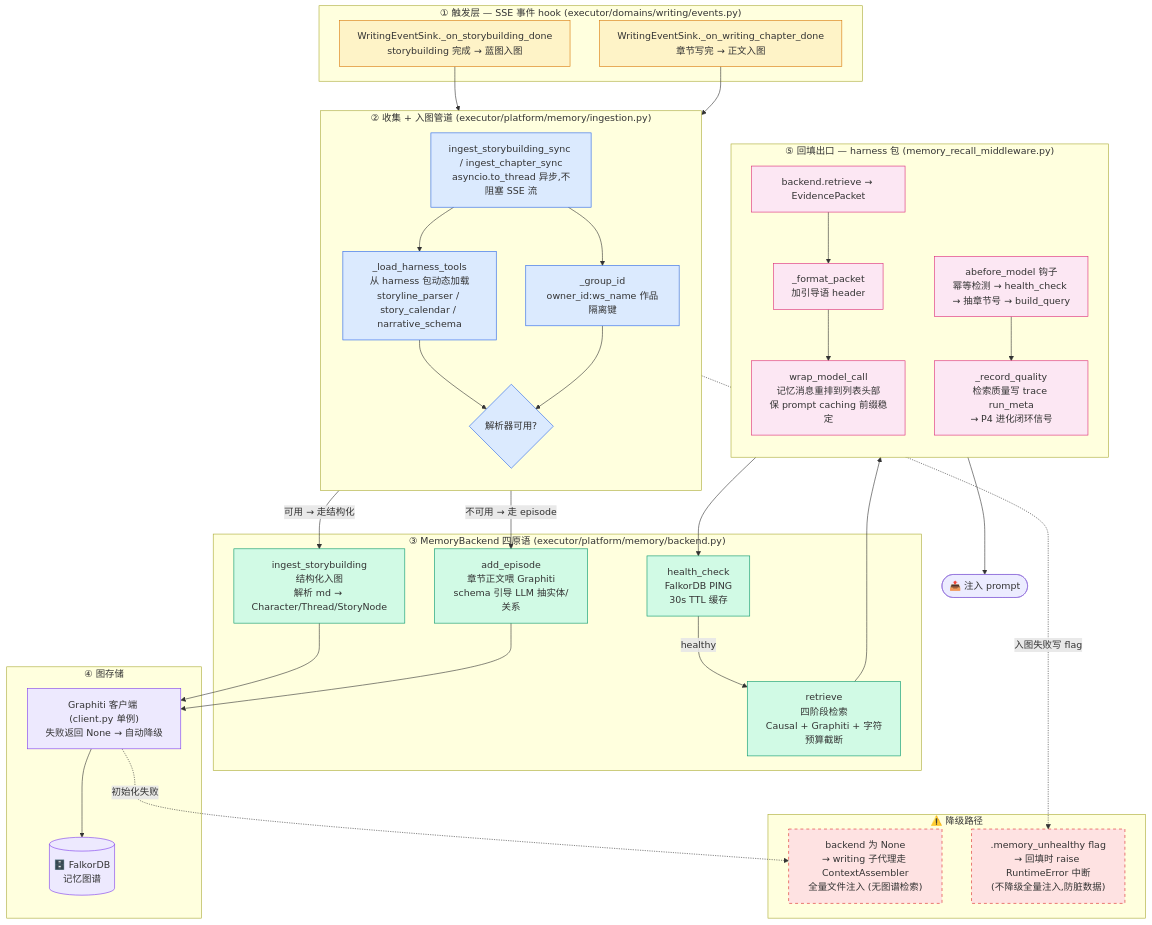
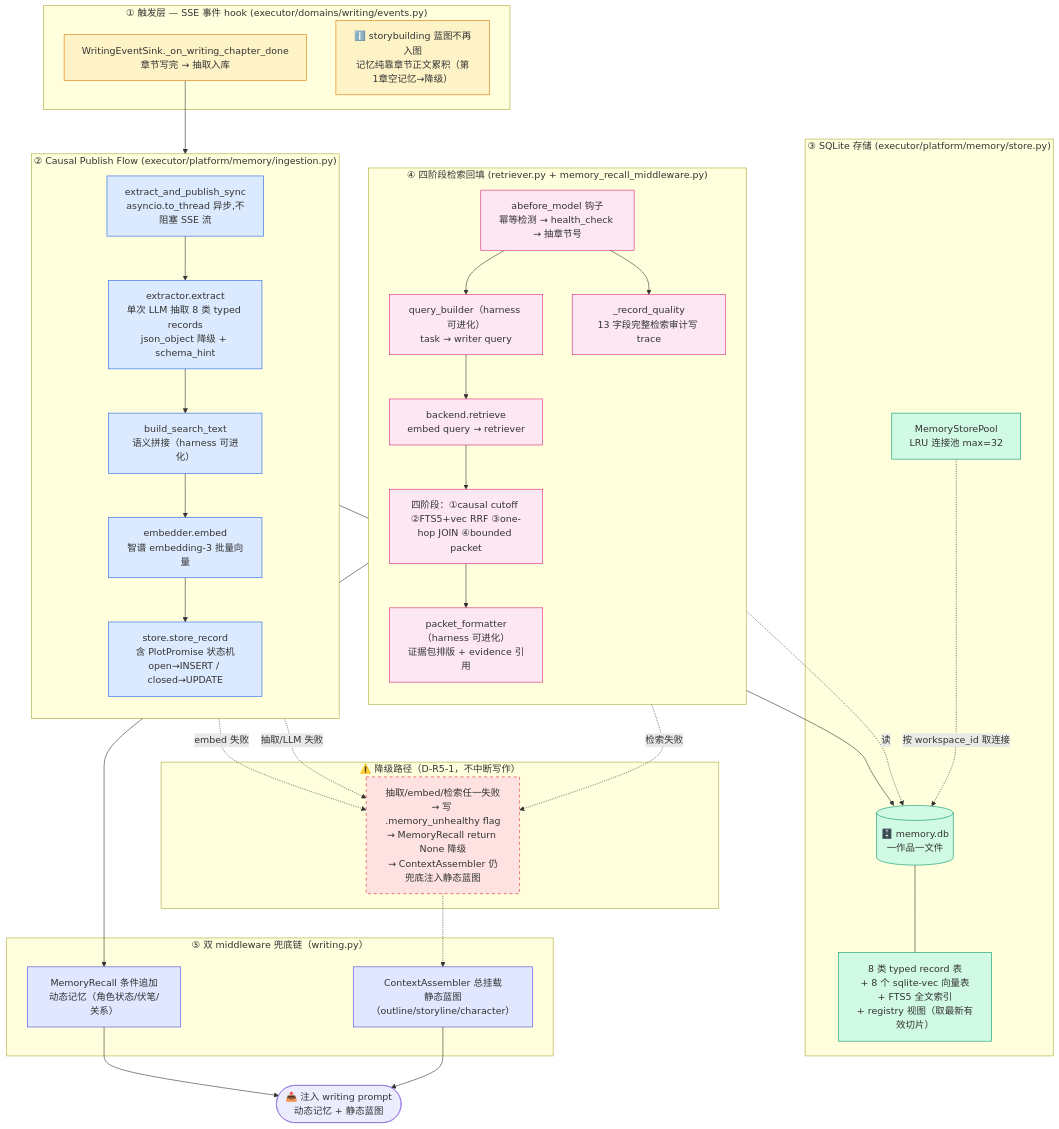
Before and after one commit to gaoshoupaper-code/EvoWriter: the fifth of 8 diagrams in docs/系统心智模型.md, drawn with Mermaid. The commit also changed other lines of this file and 27 other files, not shown here.

First line of the commit message:
feat(memory): NWM 记忆系统重构 — 去 Graphiti，自研叙事学类型化记忆

````diff
--- a/docs/系统心智模型.md
+++ b/docs/系统心智模型.md
@@ -378,83 +383,80 @@
 ```mermaid
 flowchart TD
     subgraph Trigger["① 触发层 — SSE 事件 hook (executor/domains/writing/events.py)"]
-        T1["WritingEventSink._on_storybuilding_done<br/>storybuilding 完成 → 蓝图入图"]
-        T2["WritingEventSink._on_writing_chapter_done<br/>章节写完 → 正文入图"]
+        T2["WritingEventSink._on_writing_chapter_done<br/>章节写完 → 抽取入库"]
+        T2note["ℹ️ storybuilding 蓝图不再入图<br/>记忆纯靠章节正文累积（第1章空记忆→降级）"]
     end
 
-    subgraph Collect["② 收集 + 入图管道 (executor/platform/memory/ingestion.py)"]
+    subgraph Publish["② Causal Publish Flow (executor/platform/memory/ingestion.py)"]
         direction TB
-        C1["ingest_storybuilding_sync / ingest_chapter_sync<br/>asyncio.to_thread 异步,不阻塞 SSE 流"]
-        C2["_load_harness_tools<br/>从 harness 包动态加载<br/>storyline_parser / story_calendar / narrative_schema"]
-        C3["_group_id<br/>owner_id:ws_name 作品隔离键"]
-        C4{"解析器可用?"}
+        P1["extract_and_publish_sync<br/>asyncio.to_thread 异步,不阻塞 SSE 流"]
+        P2["extractor.extract<br/>单次 LLM 抽取 8 类 typed records<br/>json_object 降级 + schema_hint"]
+        P3["build_search_text<br/>语义拼接（harness 可进化）"]
+        P4["embedder.embed<br/>智谱 embedding-3 批量向量"]
+        P5["store.store_record<br/>含 PlotPromise 状态机<br/>open→INSERT / closed→UPDATE"]
     end
 
-    subgraph Backend["③ MemoryBackend 四原语 (executor/platform/memory/backend.py)"]
-        B1["ingest_storybuilding<br/>结构化入图<br/>解析 md → Character/Thread/StoryNode"]
-        B2["add_episode<br/>章节正文喂 Graphiti<br/>schema 引导 LLM 抽实体/关系"]
-        B3["retrieve<br/>四阶段检索<br/>Causal + Graphiti + 字符预算截断"]
-        B4["health_check<br/>FalkorDB PING<br/>30s TTL 缓存"]
+    subgraph Store["③ SQLite 存储 (executor/platform/memory/store.py)"]
+        S1[("🗄️ memory.db<br/>一作品一文件")]
+        S2["8 类 typed record 表<br/>+ 8 个 sqlite-vec 向量表<br/>+ FTS5 全文索引<br/>+ registry 视图（取最新有效切片）"]
+        Pool["MemoryStorePool<br/>LRU 连接池 max=32"]
     end
 
-    subgraph GraphStore["④ 图存储"]
-        G1["Graphiti 客户端 (client.py 单例)<br/>失败返回 None → 自动降级"]
-        G2[("🗄️ FalkorDB<br/>记忆图谱")]
+    subgraph Recall["④ 四阶段检索回填 (retriever.py + memory_recall_middleware.py)"]
+        direction TB
+        R1["abefore_model 钩子<br/>幂等检测 → health_check → 抽章节号"]
+        R2["query_builder（harness 可进化）<br/>task → writer query"]
+        R3["backend.retrieve<br/>embed query → retriever"]
+        R4["四阶段：①causal cutoff ②FTS5+vec RRF ③one-hop JOIN ④bounded packet"]
+        R5["packet_formatter（harness 可进化）<br/>证据包排版 + evidence 引用"]
+        R6["_record_quality<br/>13 字段完整检索审计写 trace"]
     end
 
-    subgraph Recall["⑤ 回填出口 — harness 包 (memory_recall_middleware.py)"]
-        direction TB
-        R1["abefore_model 钩子<br/>幂等检测 → health_check → 抽章节号 → build_query"]
-        R2["backend.retrieve → EvidencePacket"]
-        R3["_format_packet<br/>加引导语 header"]
-        R4["wrap_model_call<br/>记忆消息重排到列表头部<br/>保 prompt caching 前缀稳定"]
-        R5["_record_quality<br/>检索质量写 trace run_meta<br/>→ P4 进化闭环信号"]
+    subgraph DualMW["⑤ 双 middleware 兜底链（writing.py）"]
+        MW1["ContextAssembler 总挂载<br/>静态蓝图（outline/storyline/character）"]
+        MW2["MemoryRecall 条件追加<br/>动态记忆（角色状态/伏笔/关系）"]
     end
 
-    subgraph Degrade["⚠️ 降级路径"]
-        DG1["backend 为 None<br/>→ writing 子代理走 ContextAssembler<br/>全量文件注入 (无图谱检索)"]
-        DG2[".memory_unhealthy flag<br/>→ 回填时 raise RuntimeError 中断<br/>(不降级全量注入,防脏数据)"]
+    subgraph Degrade["⚠️ 降级路径（D-R5-1，不中断写作）"]
+        DG1["抽取/embed/检索任一失败<br/>→ 写 .memory_unhealthy flag<br/>→ MemoryRecall return None 降级<br/>→ ContextAssembler 仍兜底注入静态蓝图"]
     end
 
-    Prompt(["📤 注入 prompt"])
+    Prompt(["📤 注入 writing prompt<br/>动态记忆 + 静态蓝图"])
 
-    %% 主闭环
-    T1 --> C1
-    T2 --> C1
-    C1 --> C2
-    C1 --> C3
-    C2 --> C4
-    C3 --> C4
-    C4 -->|"可用 → 走结构化"| B1
-    C4 -->|"不可用 → 走 episode"| B2
-    B1 --> G1
-    B2 --> G1
-    G1 --> G2
+    %% Publish 主路径
+    T2 --> P1
+    P1 --> P2 --> P3 --> P4 --> P5
+    P5 --> S1
+    S1 --- S2
+    Pool -.->|"按 workspace_id 取连接"| S1
 
-    %% 回填（与写入是独立的读路径）
-    R1 --> B4
-    B4 -->|"healthy"| B3
-    B3 --> R2
-    R2 --> R3
-    R3 --> R4
-    R4 --> Prompt
-    R1 --> R5
+    %% Recall 主路径（独立的读路径）
+    R1 --> R2 --> R3 --> R4 --> R5
+    R3 -.->|"读"| S1
+    R5 --> MW2
+    R1 --> R6
+
+    %% 双 middleware
+    MW1 --> Prompt
+    MW2 --> Prompt
 
     %% 降级
-    G1 -.->|"初始化失败"| DG1
-    C1 -.->|"入图失败写 flag"| DG2
+    P2 -.->|"抽取/LLM 失败"| DG1
+    P4 -.->|"embed 失败"| DG1
+    R4 -.->|"检索失败"| DG1
+    DG1 -.-> MW1
 
     classDef trigger fill:#fef3c7,stroke:#d97706
-    classDef collect fill:#dbeafe,stroke:#2563eb
-    classDef backend fill:#d1fae5,stroke:#059669
-    classDef graphstyle fill:#ede9fe,stroke:#7c3aed
+    classDef publish fill:#dbeafe,stroke:#2563eb
+    classDef store fill:#d1fae5,stroke:#059669
     classDef recall fill:#fce7f3,stroke:#db2777
+    classDef dualmw fill:#e0e7ff,stroke:#4f46e5
     classDef degrade fill:#fee2e2,stroke:#dc2626,stroke-dasharray: 5 5
 
-    class T1,T2 trigger
-    class C1,C2,C3,C4 collect
-    class B1,B2,B3,B4 backend
-    class G1,G2 graphstyle
-    class R1,R2,R3,R4,R5 recall
-    class DG1,DG2 degrade
+    class T2,T2note trigger
+    class P1,P2,P3,P4,P5 publish
+    class S1,S2,Pool store
+    class R1,R2,R3,R4,R5,R6 recall
+    class MW1,MW2 dualmw
+    class DG1 degrade
 ```
````
